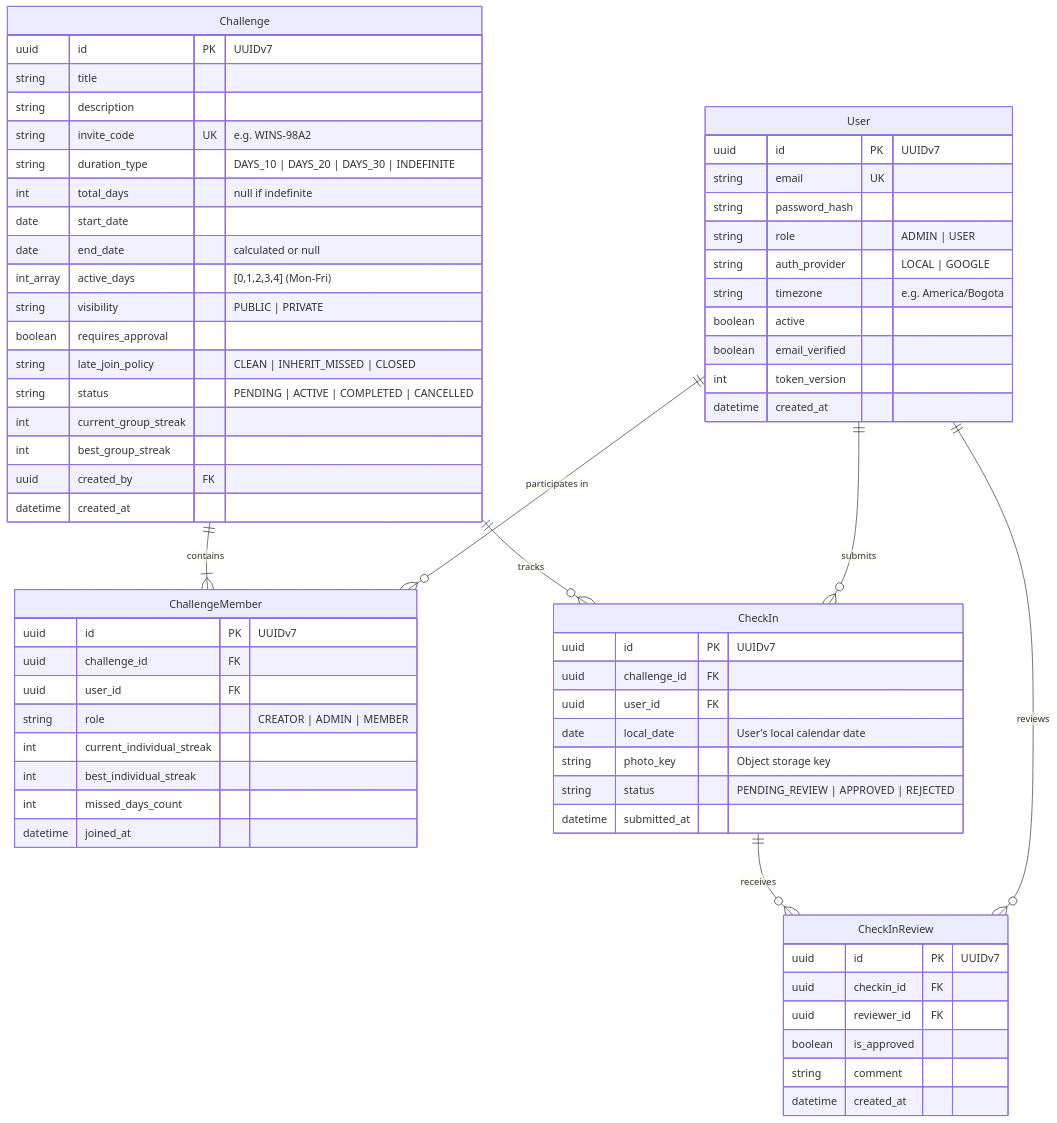
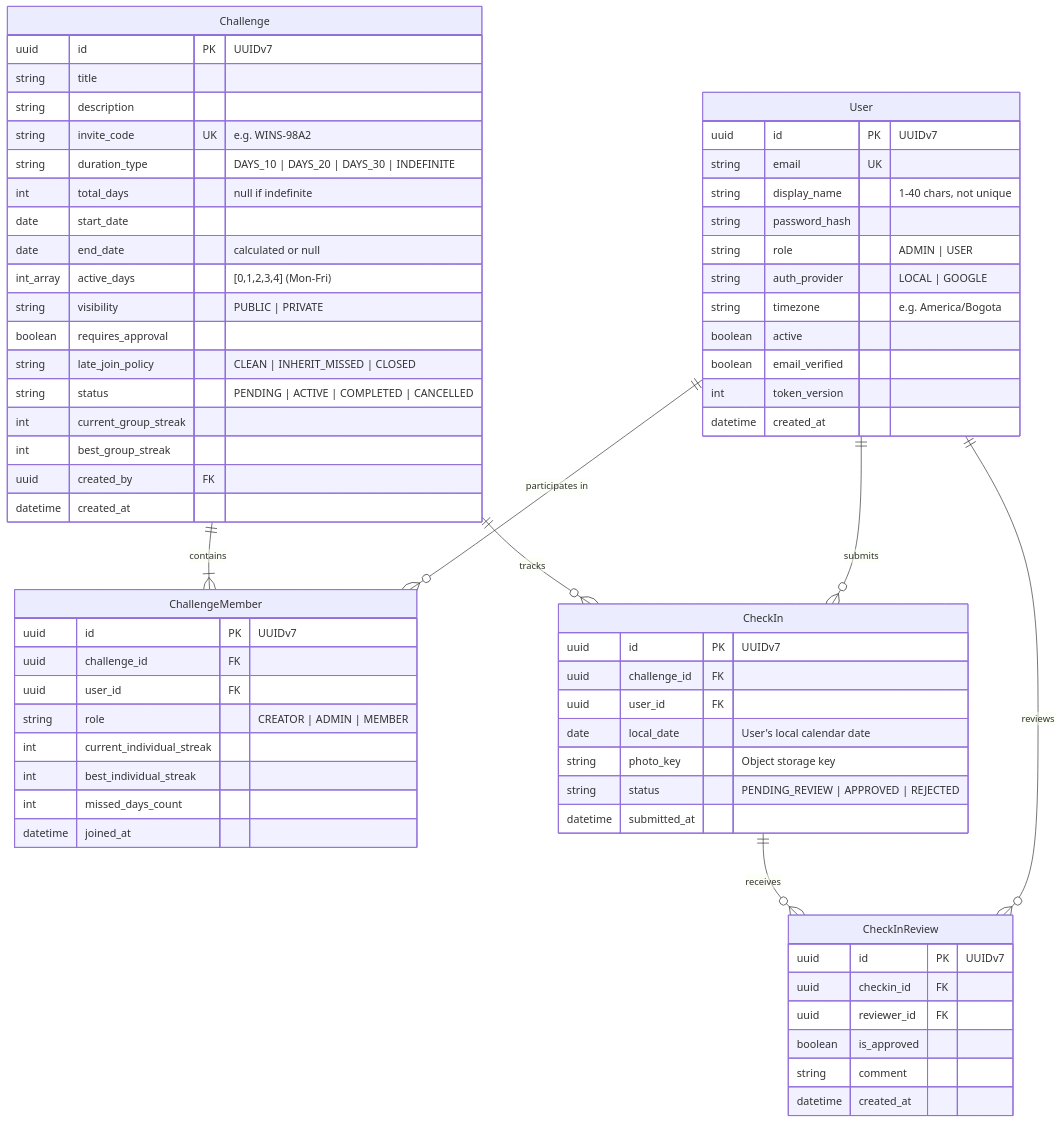
The diagram in README.md (jcamilodev-py/WhoWins), drawn with Mermaid before and after one commit.

Commit message:
docs(readme): add display name to the data model

````diff
--- a/README.md
+++ b/README.md
@@ -75,72 +75,73 @@
 ```mermaid
 erDiagram
     User ||--o{ ChallengeMember : "participates in"
     User ||--o{ CheckIn : "submits"
     User ||--o{ CheckInReview : "reviews"
     Challenge ||--|{ ChallengeMember : "contains"
     Challenge ||--o{ CheckIn : "tracks"
     CheckIn ||--o{ CheckInReview : "receives"
 
     User {
         uuid id PK "UUIDv7"
         string email UK
+        string display_name "1-40 chars, not unique"
         string password_hash
         string role "ADMIN | USER"
         string auth_provider "LOCAL | GOOGLE"
         string timezone "e.g. America/Bogota"
         boolean active
         boolean email_verified
         int token_version
         datetime created_at
     }
 
     Challenge {
         uuid id PK "UUIDv7"
         string title
         string description
         string invite_code UK "e.g. WINS-98A2"
         string duration_type "DAYS_10 | DAYS_20 | DAYS_30 | INDEFINITE"
         int total_days "null if indefinite"
         date start_date
         date end_date "calculated or null"
         int_array active_days "[0,1,2,3,4] (Mon-Fri)"
         string visibility "PUBLIC | PRIVATE"
         boolean requires_approval
         string late_join_policy "CLEAN | INHERIT_MISSED | CLOSED"
         string status "PENDING | ACTIVE | COMPLETED | CANCELLED"
         int current_group_streak
         int best_group_streak
         uuid created_by FK
         datetime created_at
     }
 
     ChallengeMember {
         uuid id PK "UUIDv7"
         uuid challenge_id FK
         uuid user_id FK
         string role "CREATOR | ADMIN | MEMBER"
         int current_individual_streak
         int best_individual_streak
         int missed_days_count
         datetime joined_at
     }
 
     CheckIn {
         uuid id PK "UUIDv7"
         uuid challenge_id FK
         uuid user_id FK
         date local_date "User's local calendar date"
         string photo_key "Object storage key"
         string status "PENDING_REVIEW | APPROVED | REJECTED"
         datetime submitted_at
     }
 
     CheckInReview {
         uuid id PK "UUIDv7"
         uuid checkin_id FK
         uuid reviewer_id FK
         boolean is_approved
         string comment
         datetime created_at
     }
 ```
````
